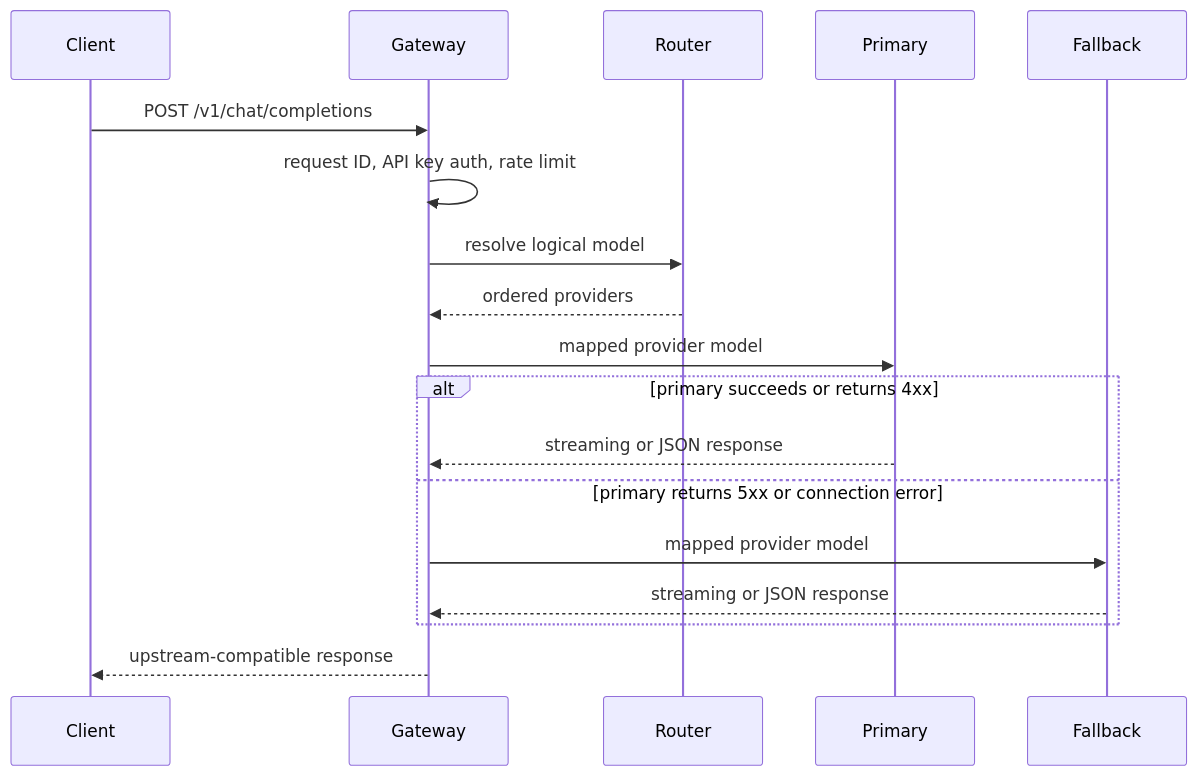
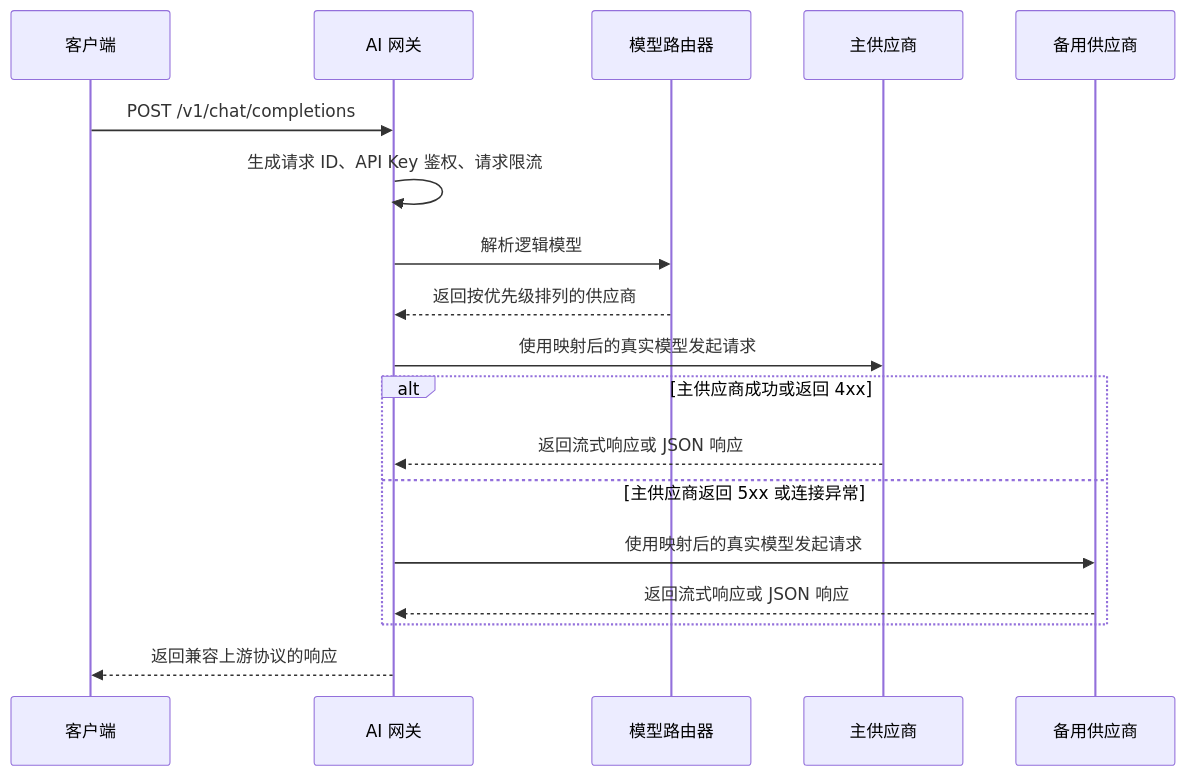
The diagram in docs/architecture.md (javahbp-cpu/ai-gateway), drawn with Mermaid before and after one commit. The commit also changed other lines of this file, not shown here.

````diff
--- a/docs/architecture.md
+++ b/docs/architecture.md
@@ -5,21 +5,21 @@
 ```mermaid
 sequenceDiagram
-    participant Client
-    participant Gateway
-    participant Router
-    participant Primary
-    participant Fallback
+    participant Client as 客户端
+    participant Gateway as AI 网关
+    participant Router as 模型路由器
+    participant Primary as 主供应商
+    participant Fallback as 备用供应商
 
     Client->>Gateway: POST /v1/chat/completions
-    Gateway->>Gateway: request ID, API key auth, rate limit
-    Gateway->>Router: resolve logical model
-    Router-->>Gateway: ordered providers
-    Gateway->>Primary: mapped provider model
-    alt primary succeeds or returns 4xx
-        Primary-->>Gateway: streaming or JSON response
-    else primary returns 5xx or connection error
-        Gateway->>Fallback: mapped provider model
-        Fallback-->>Gateway: streaming or JSON response
+    Gateway->>Gateway: 生成请求 ID、API Key 鉴权、请求限流
+    Gateway->>Router: 解析逻辑模型
+    Router-->>Gateway: 返回按优先级排列的供应商
+    Gateway->>Primary: 使用映射后的真实模型发起请求
+    alt 主供应商成功或返回 4xx
+        Primary-->>Gateway: 返回流式响应或 JSON 响应
+    else 主供应商返回 5xx 或连接异常
+        Gateway->>Fallback: 使用映射后的真实模型发起请求
+        Fallback-->>Gateway: 返回流式响应或 JSON 响应
     end
-    Gateway-->>Client: upstream-compatible response
+    Gateway-->>Client: 返回兼容上游协议的响应
 ```
````
